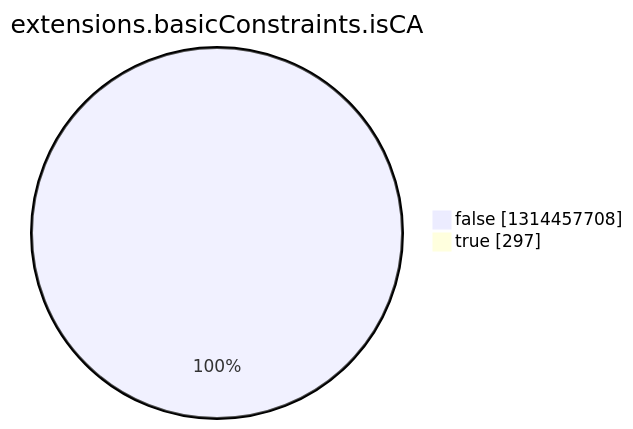
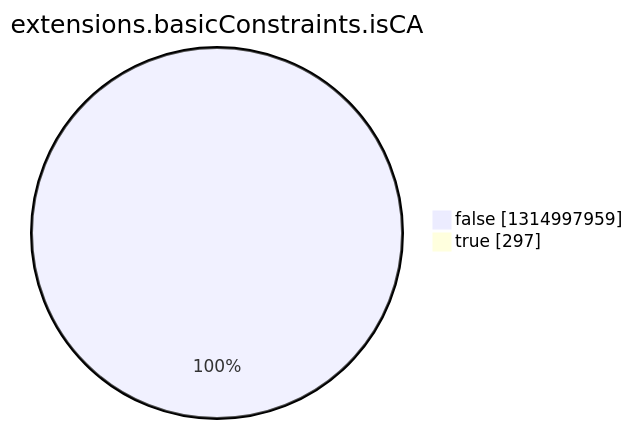
One commit to christiankrug/ctmonitor_visualization changed the eighth of 15 diagrams in argon2022/README.md. Above: the diagram before and after it, drawn with Mermaid. The commit also changed other lines of this file, not shown here.

````diff
--- a/argon2022/README.md
+++ b/argon2022/README.md
@@ -2758,6 +2758,6 @@
 ```mermaid
 pie showData
 title extensions.basicConstraints.isCA
-"false" :1314457708
+"false" :1314997959
 "true" :297
 ```
````
